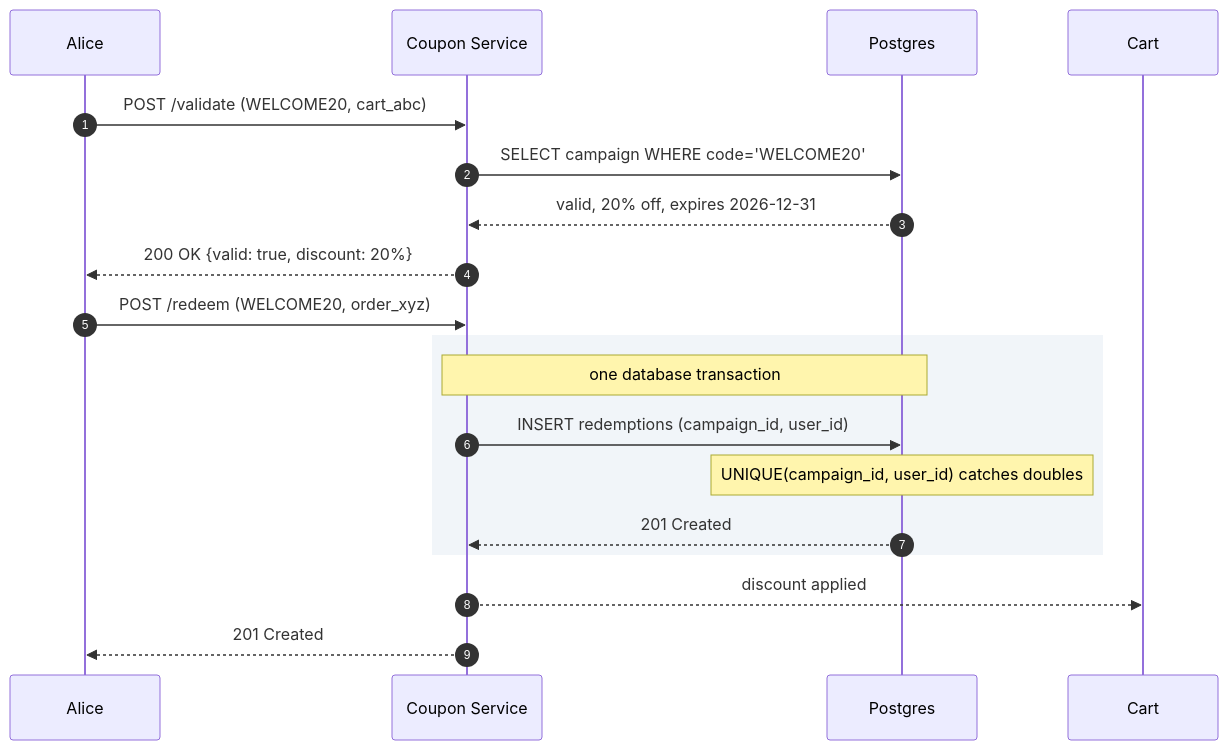
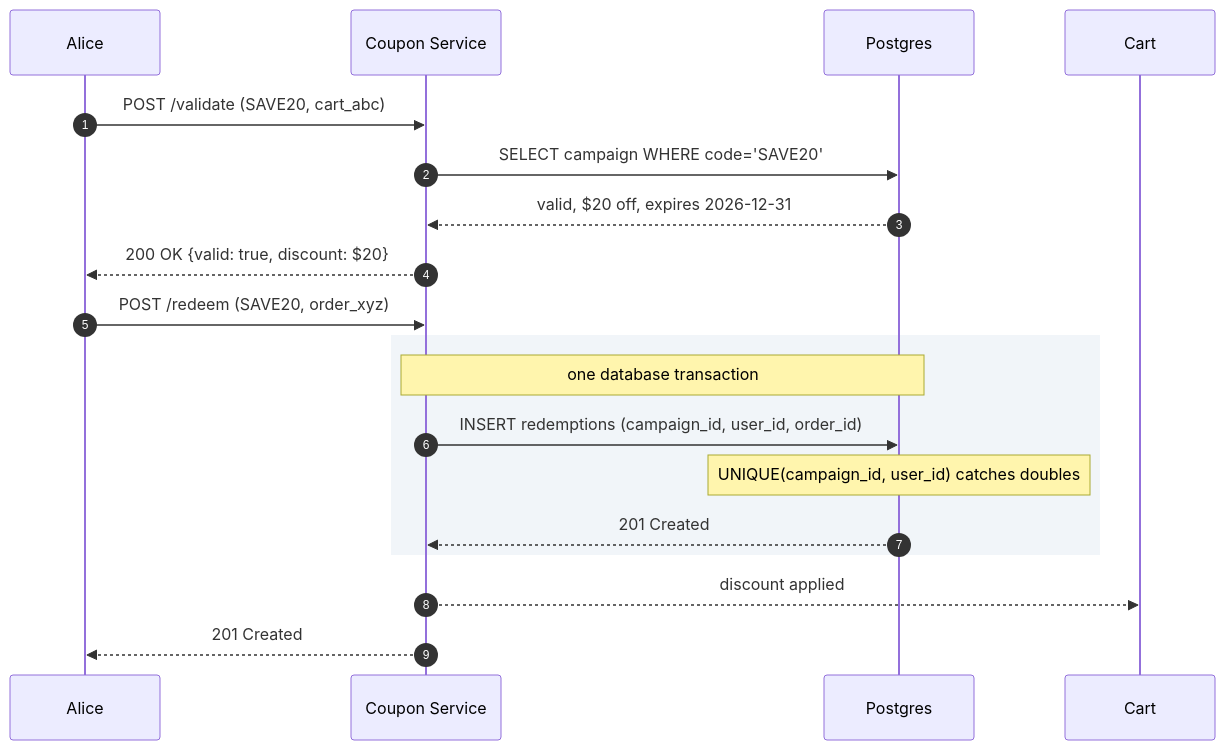
The third of 11 diagrams in problems/014-coupon-redemption/question.md (shiningflash/system-design), drawn with Mermaid before and after one commit. The commit also changed other lines of this file and 37 other files, not shown here.

````diff
--- a/problems/014-coupon-redemption/question.md
+++ b/problems/014-coupon-redemption/question.md
@@ -129,23 +132,23 @@
 ```mermaid
 sequenceDiagram
     autonumber
     participant Alice
     participant Svc as Coupon Service
     participant DB as Postgres
     participant Cart
 
-    Alice->>Svc: POST /validate (WELCOME20, cart_abc)
-    Svc->>DB: SELECT campaign WHERE code='WELCOME20'
-    DB-->>Svc: valid, 20% off, expires 2026-12-31
-    Svc-->>Alice: 200 OK {valid: true, discount: 20%}
+    Alice->>Svc: POST /validate (SAVE20, cart_abc)
+    Svc->>DB: SELECT campaign WHERE code='SAVE20'
+    DB-->>Svc: valid, $20 off, expires 2026-12-31
+    Svc-->>Alice: 200 OK {valid: true, discount: $20}
 
-    Alice->>Svc: POST /redeem (WELCOME20, order_xyz)
+    Alice->>Svc: POST /redeem (SAVE20, order_xyz)
     rect rgb(241, 245, 249)
         Note over Svc,DB: one database transaction
-        Svc->>DB: INSERT redemptions (campaign_id, user_id)
+        Svc->>DB: INSERT redemptions (campaign_id, user_id, order_id)
         Note over DB: UNIQUE(campaign_id, user_id) catches doubles
         DB-->>Svc: 201 Created
     end
     Svc-->>Cart: discount applied
     Svc-->>Alice: 201 Created
 ```
````
